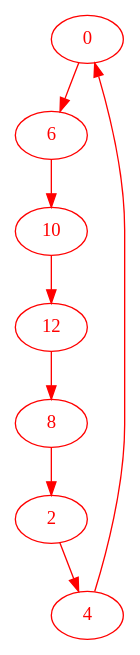
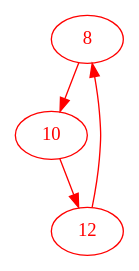
One commit to AdrienVaret/Benzenoids changed the diagram in molecules/benzanthracene/lewis/benzanthracene_0/cycle_1.dot. Above: the diagram before and after it, drawn with Graphviz. The commit also changed 30 other files, not shown here.

```diff
--- a/molecules/benzanthracene/lewis/benzanthracene_0/cycle_1.dot
+++ b/molecules/benzanthracene/lewis/benzanthracene_0/cycle_1.dot
@@ -1,10 +1,6 @@
 digraph g{
-node [color = red, fontcolor=red]; 0 2 4 6 8 10 12 ;
-0 -> 6 [color=red] ;
-2 -> 4 [color=red] ;
-4 -> 0 [color=red] ;
-6 -> 10 [color=red] ;
-8 -> 2 [color=red] ;
+node [color = red, fontcolor=red]; 8 10 12 ;
+8 -> 10 [color=red] ;
 10 -> 12 [color=red] ;
 12 -> 8 [color=red] ;
 }
```
